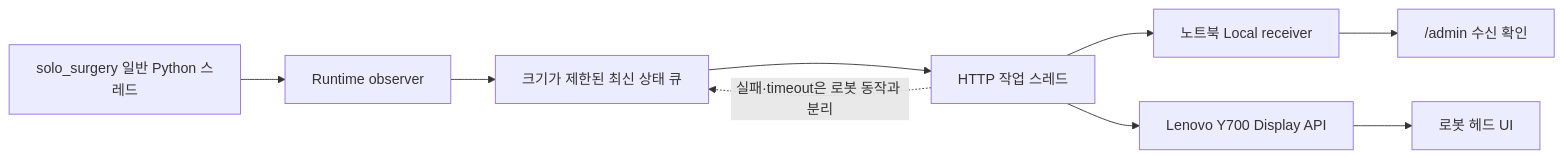
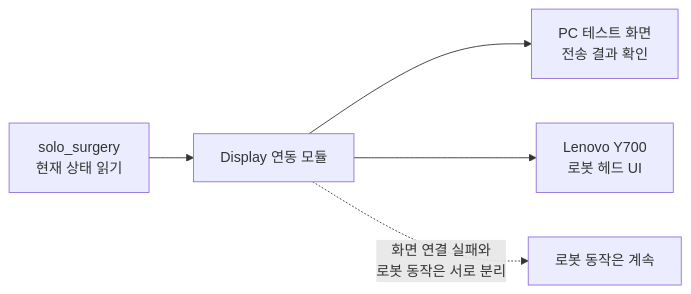
One commit to freeskyES/orchestra-surgical-display-integration changed the diagram in README.md. Above: the diagram before and after it, drawn with Mermaid. The commit also changed other lines of this file and 2 other files, not shown here.

````diff
--- a/README.md
+++ b/README.md
@@ -15,11 +15,7 @@
 ```mermaid
 flowchart LR
-    R["solo_surgery 일반 Python 스레드"] --> A["Runtime observer"]
-    A --> Q["크기가 제한된 최신 상태 큐"]
-    Q --> W["HTTP 작업 스레드"]
-    W --> L["노트북 Local receiver"]
-    W --> T["Lenovo Y700 Display API"]
-    L --> P["/admin 수신 확인"]
-    T --> U["로봇 헤드 UI"]
-    W -. "실패·timeout은 로봇 동작과 분리" .-> Q
+    R["solo_surgery<br/>현재 상태 읽기"] --> S["Display 연동 모듈"]
+    S --> L["PC 테스트 화면<br/>전송 결과 확인"]
+    S --> T["Lenovo Y700<br/>로봇 헤드 UI"]
+    S -. "화면 연결 실패와<br/>로봇 동작은 서로 분리" .-> N["로봇 동작은 계속"]
 ```
````
